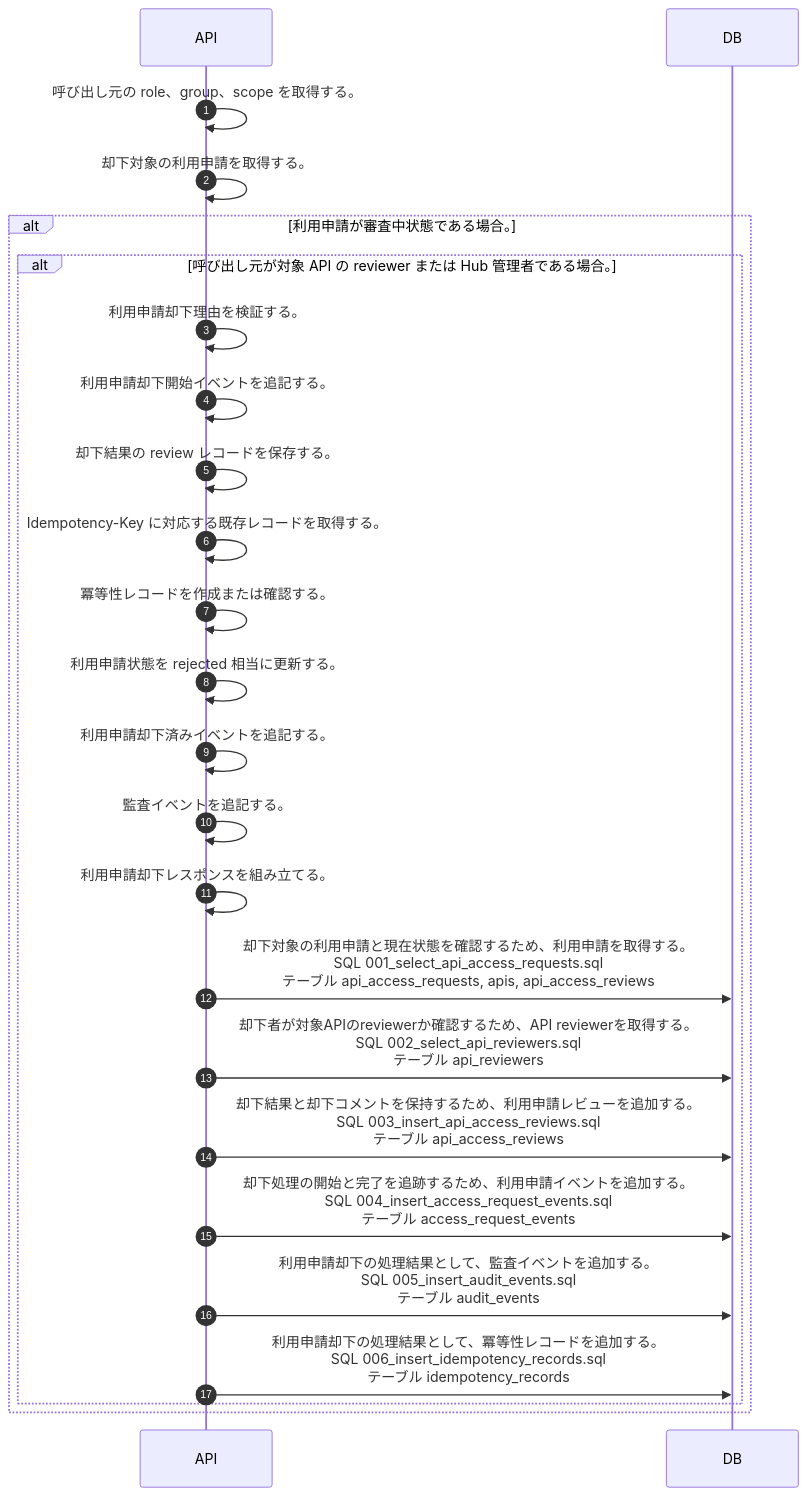
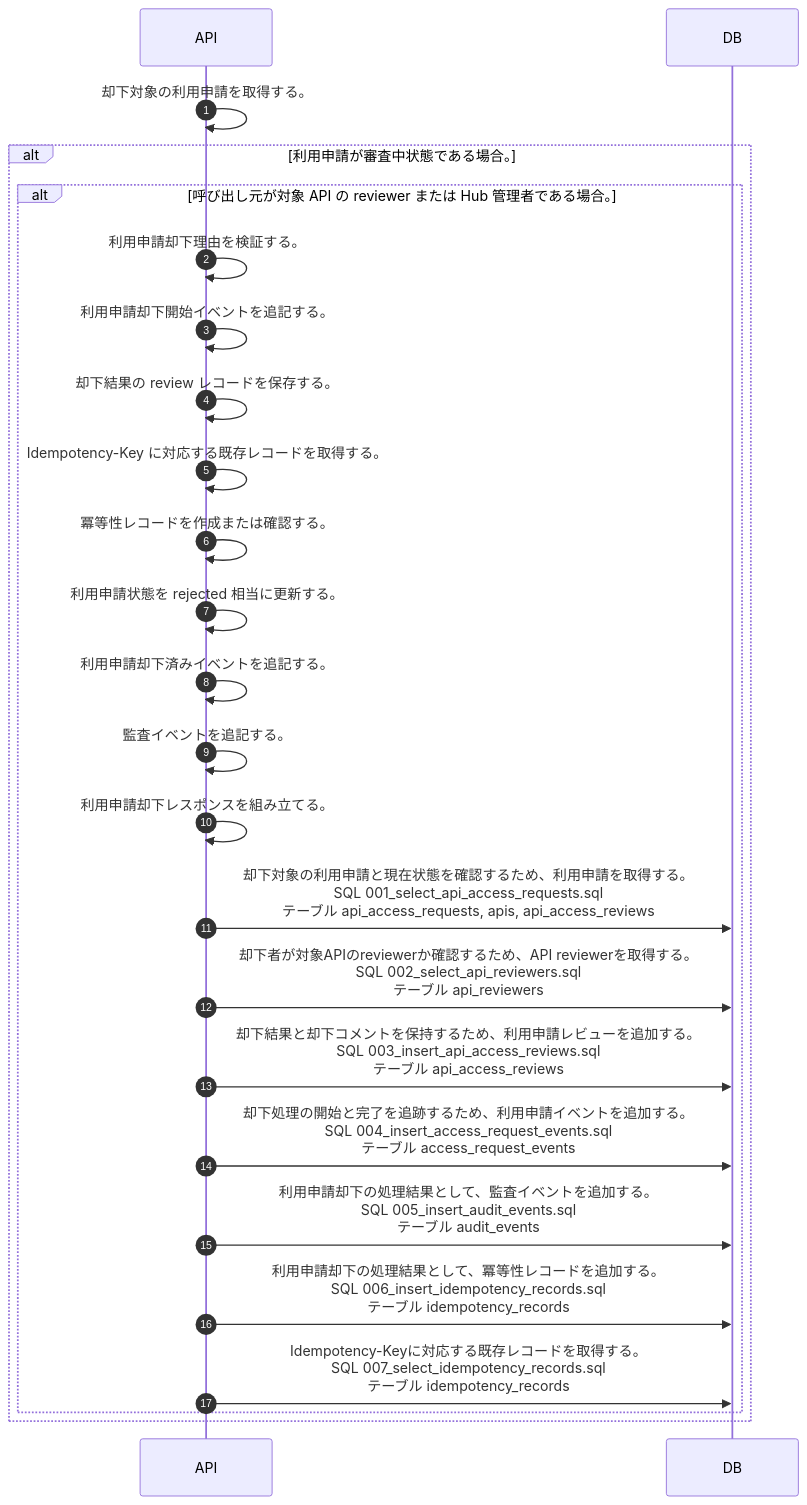
The diagram in docs/spec/40.apis/api_access_requests/reject_api_access_request/sequence_gen.md (tsuji-tomonori/lazunex), drawn with Mermaid before and after one commit. The commit also changed 44 other files, not shown here.

````diff
--- a/docs/spec/40.apis/api_access_requests/reject_api_access_request/sequence_gen.md
+++ b/docs/spec/40.apis/api_access_requests/reject_api_access_request/sequence_gen.md
@@ -5,27 +5,27 @@
 ```mermaid
 sequenceDiagram
   autonumber
   participant API as API
   participant DB as DB
-  API->>API: 呼び出し元の role、group、scope を取得する。
   API->>API: 却下対象の利用申請を取得する。
   alt 利用申請が審査中状態である場合。
     alt 呼び出し元が対象 API の reviewer または Hub 管理者である場合。
       API->>API: 利用申請却下理由を検証する。
       API->>API: 利用申請却下開始イベントを追記する。
       API->>API: 却下結果の review レコードを保存する。
       API->>API: Idempotency-Key に対応する既存レコードを取得する。
       API->>API: 冪等性レコードを作成または確認する。
       API->>API: 利用申請状態を rejected 相当に更新する。
       API->>API: 利用申請却下済みイベントを追記する。
       API->>API: 監査イベントを追記する。
       API->>API: 利用申請却下レスポンスを組み立てる。
       API->>DB: 却下対象の利用申請と現在状態を確認するため、利用申請を取得する。<br/>SQL 001_select_api_access_requests.sql<br/>テーブル api_access_requests, apis, api_access_reviews
       API->>DB: 却下者が対象APIのreviewerか確認するため、API reviewerを取得する。<br/>SQL 002_select_api_reviewers.sql<br/>テーブル api_reviewers
       API->>DB: 却下結果と却下コメントを保持するため、利用申請レビューを追加する。<br/>SQL 003_insert_api_access_reviews.sql<br/>テーブル api_access_reviews
       API->>DB: 却下処理の開始と完了を追跡するため、利用申請イベントを追加する。<br/>SQL 004_insert_access_request_events.sql<br/>テーブル access_request_events
       API->>DB: 利用申請却下の処理結果として、監査イベントを追加する。<br/>SQL 005_insert_audit_events.sql<br/>テーブル audit_events
       API->>DB: 利用申請却下の処理結果として、冪等性レコードを追加する。<br/>SQL 006_insert_idempotency_records.sql<br/>テーブル idempotency_records
+      API->>DB: Idempotency-Keyに対応する既存レコードを取得する。<br/>SQL 007_select_idempotency_records.sql<br/>テーブル idempotency_records
     end
   end
 ```
````
